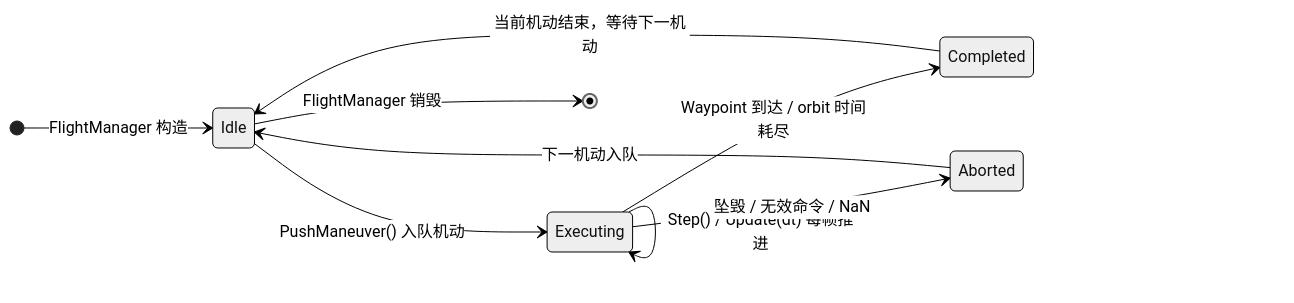
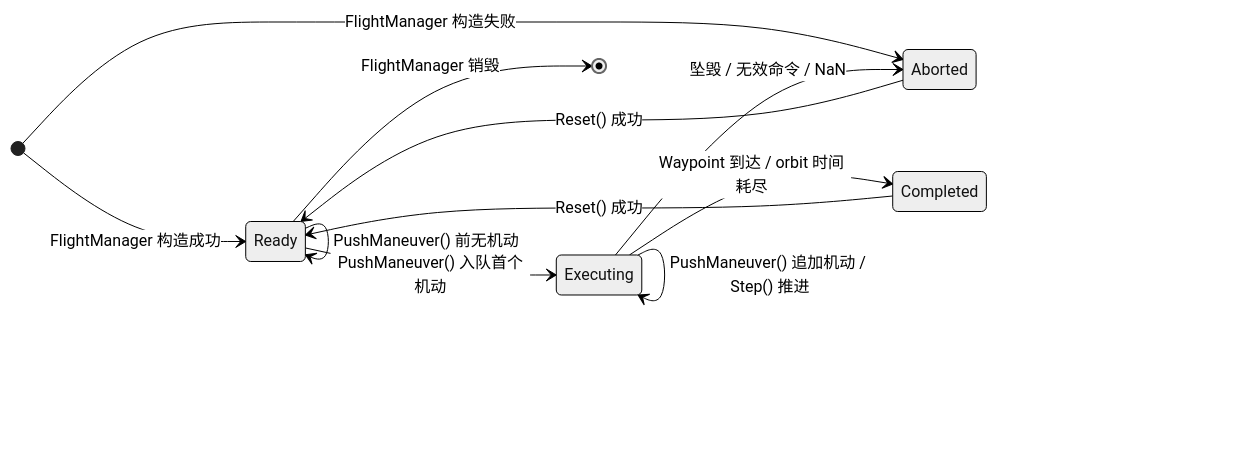
One commit to boilwater-3/1q changed the fifth of 5 diagrams in docs/flight_dynamic/design.md. Above: the diagram before and after it, drawn with Mermaid (neutral theme). The commit also changed other lines of this file and 8 other files, not shown here.

````diff
--- a/docs/flight_dynamic/design.md
+++ b/docs/flight_dynamic/design.md
@@ -297,12 +297,14 @@
 ```mermaid
 stateDiagram-v2
   direction LR
-  [*] --> Idle : FlightManager 构造
-  Idle --> Executing : PushManeuver() 入队机动
-  Executing --> Executing : Step() / Update(dt) 每帧推进
+  [*] --> Ready : FlightManager 构造成功
+  [*] --> Aborted : FlightManager 构造失败
+  Ready --> Executing : PushManeuver() 入队首个机动
+  Ready --> Ready : PushManeuver() 前无机动
+  Executing --> Executing : PushManeuver() 追加机动 / Step() 推进
   Executing --> Completed : Waypoint 到达 / orbit 时间耗尽
   Executing --> Aborted : 坠毁 / 无效命令 / NaN
-  Completed --> Idle : 当前机动结束，等待下一机动
-  Aborted --> Idle : 下一机动入队
-  Idle --> [*] : FlightManager 销毁
+  Completed --> Ready : Reset() 成功
+  Aborted --> Ready : Reset() 成功
+  Ready --> [*] : FlightManager 销毁
 ```
````
